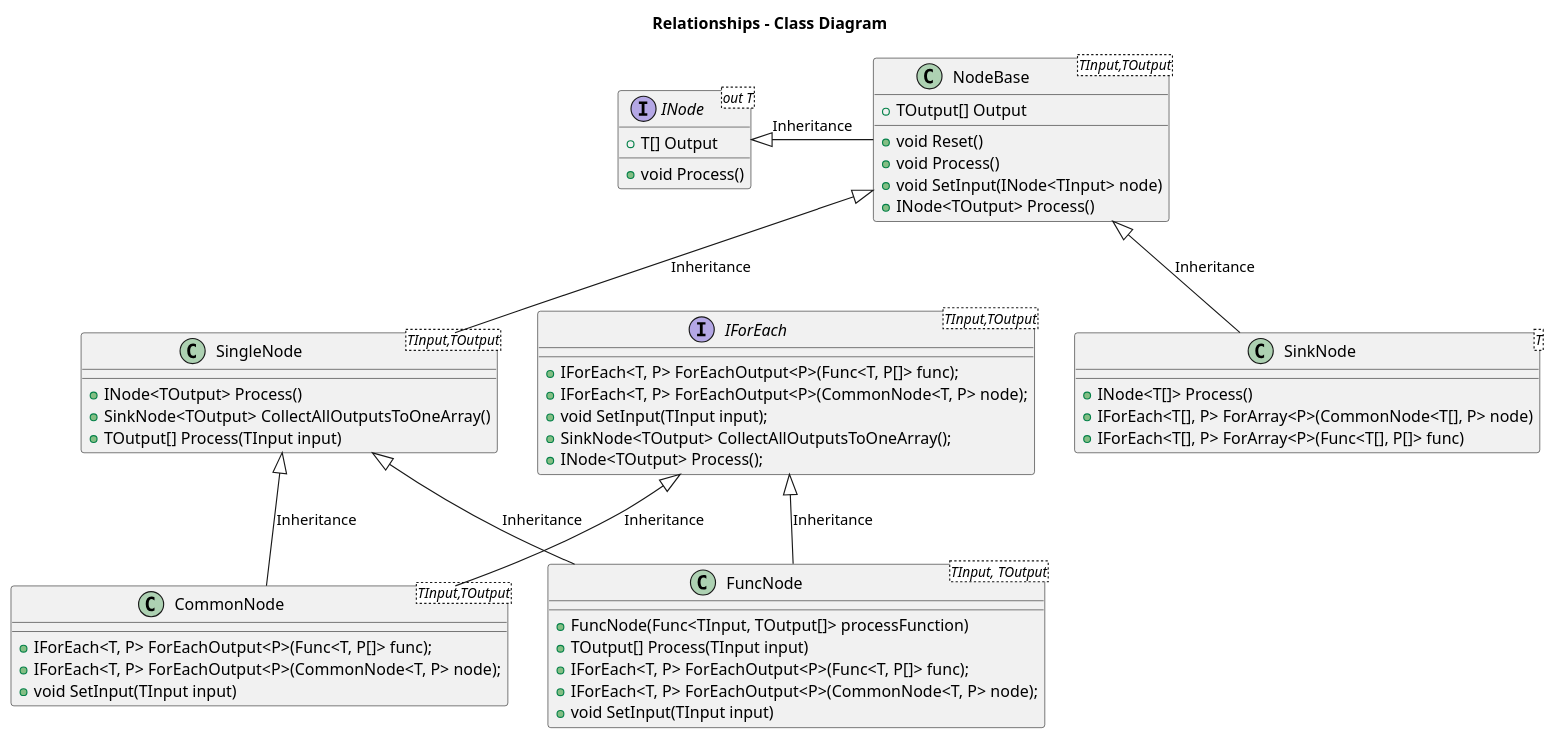
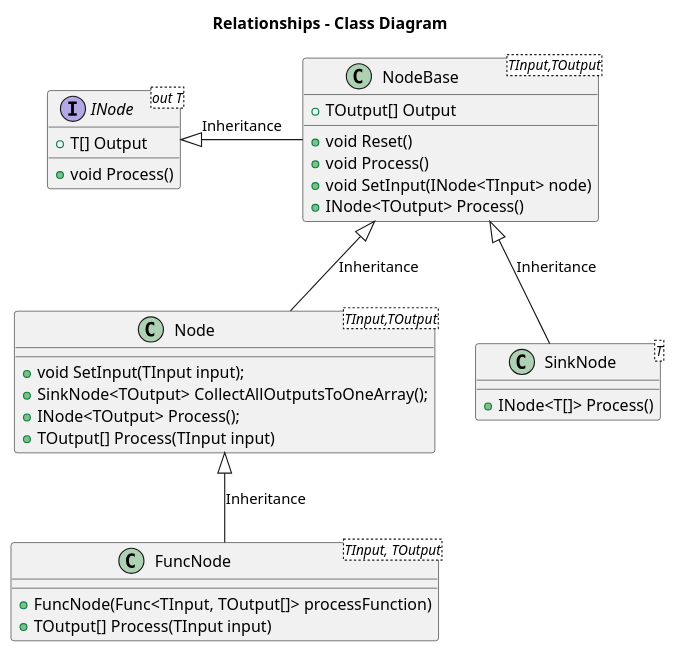
One commit to zavolokas/Grapute changed the diagram in Grapute/class.wsd. Above: the diagram before and after it, drawn with PlantUML. The commit also changed 9 other files, not shown here.

```diff
--- a/Grapute/class.wsd
+++ b/Grapute/class.wsd
@@ -1,66 +1,41 @@
 @startuml
 
 title Relationships - Class Diagram
 
 
-interface IForEach<TInput,TOutput>{
-    +IForEach<T, P> ForEachOutput<P>(Func<T, P[]> func);
-    +IForEach<T, P> ForEachOutput<P>(CommonNode<T, P> node);
+class Node<TInput,TOutput>{
     +void SetInput(TInput input);
     +SinkNode<TOutput> CollectAllOutputsToOneArray();
     +INode<TOutput> Process();
+    +TOutput[] Process(TInput input)
 }
 
 interface INode<out T>{
     +void Process()
     +T[] Output
-}
-
-class SingleNode<TInput,TOutput>{
-    +INode<TOutput> Process()
-    +SinkNode<TOutput> CollectAllOutputsToOneArray()
-    +TOutput[] Process(TInput input)
 }
 
 class NodeBase<TInput,TOutput>{
     +TOutput[] Output
     +void Reset()
     +void Process()
     +void SetInput(INode<TInput> node)
     +INode<TOutput> Process()
 }
 
-class CommonNode<TInput,TOutput>{
-  +IForEach<T, P> ForEachOutput<P>(Func<T, P[]> func);
-  +IForEach<T, P> ForEachOutput<P>(CommonNode<T, P> node);
-  +void SetInput(TInput input)
-}
-
 class FuncNode<TInput, TOutput>{
     +FuncNode(Func<TInput, TOutput[]> processFunction)
     +TOutput[] Process(TInput input)
-    +IForEach<T, P> ForEachOutput<P>(Func<T, P[]> func);
-    +IForEach<T, P> ForEachOutput<P>(CommonNode<T, P> node);
-    +void SetInput(TInput input)
 }
 
 class SinkNode<T>{
     +INode<T[]> Process()
-    +IForEach<T[], P> ForArray<P>(CommonNode<T[], P> node)
-    +IForEach<T[], P> ForArray<P>(Func<T[], P[]> func)
 }
 
-
-
 INode <|-down NodeBase:Inheritance
-IForEach <|-down- CommonNode: Inheritance
-SingleNode <|-down- CommonNode: Inheritance
 NodeBase<|-down- SinkNode:Inheritance
-NodeBase <|-down- SingleNode: Inheritance
-
-
-IForEach <|-down- FuncNode: Inheritance
-SingleNode <|-down- FuncNode: Inheritance
+NodeBase <|-down- Node: Inheritance
+Node <|-down- FuncNode: Inheritance
 
 
 @enduml
```
